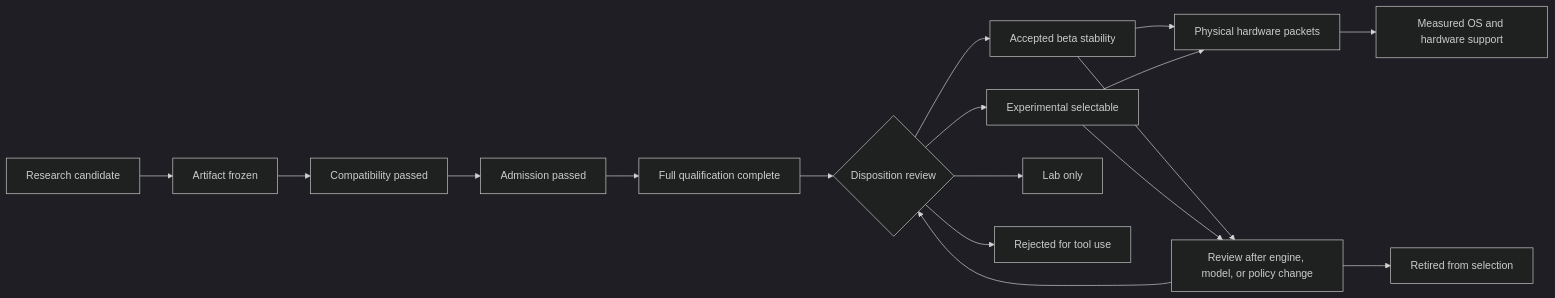
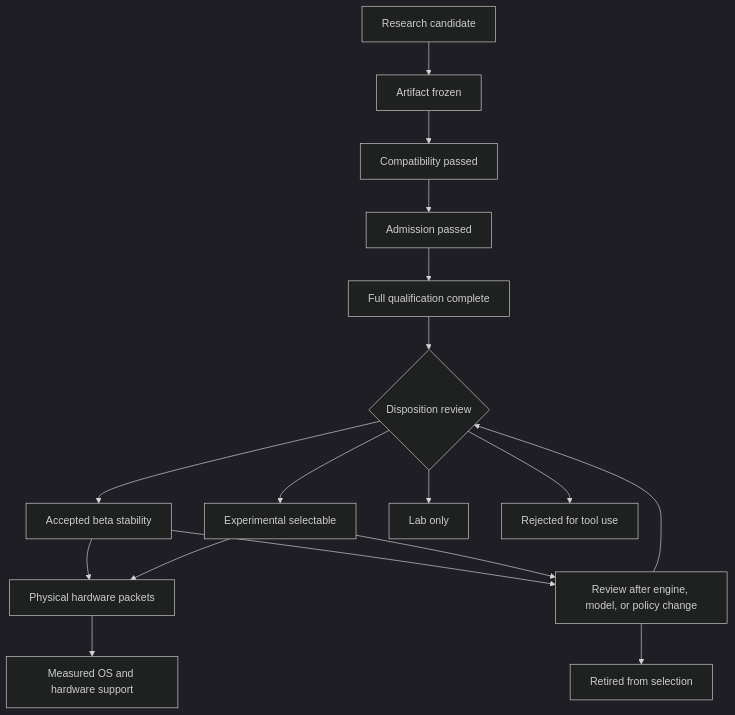
One commit to ai21z/talos-assistant changed the diagram in docs/architecture/model-profile-lifecycle.md. Above: the diagram before and after it, drawn with Mermaid (dark theme). The commit also changed 17 other files, not shown here.

Commit message:
Website diagrams, layout stability and documentation navigation are improved.

````diff
--- a/docs/architecture/model-profile-lifecycle.md
+++ b/docs/architecture/model-profile-lifecycle.md
@@ -9,19 +9,21 @@
 ```mermaid
-flowchart LR
+flowchart TB
+    accTitle: Evidence, disposition and hardware support
+    accDescr: Qualification evidence reaches a disposition review with four possible outcomes. Selectable profiles may collect hardware evidence and return to review when their identity or policy changes. Retirement remains a separate outcome.
     Research["Research candidate"] --> Frozen["Artifact frozen"]
     Frozen --> Compatible["Compatibility passed"]
     Compatible --> Admission["Admission passed"]
     Admission --> Full["Full qualification complete"]
     Full --> Decision{"Disposition review"}
     Decision --> Accepted["Accepted beta stability"]
     Decision --> Experimental["Experimental selectable"]
     Decision --> Lab["Lab only"]
     Decision --> Rejected["Rejected for tool use"]
     Accepted --> Hardware["Physical hardware packets"]
     Experimental --> Hardware
     Hardware --> Matrix["Measured OS and hardware support"]
     Accepted --> Review["Review after engine, model, or policy change"]
     Experimental --> Review
     Review --> Decision
     Review --> Retired["Retired from selection"]
 ```
````
